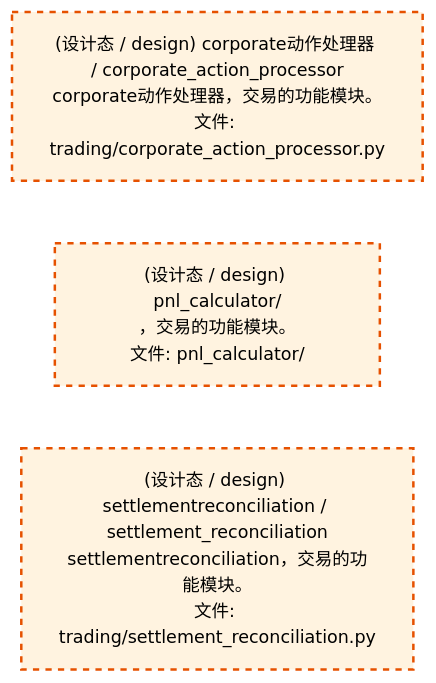
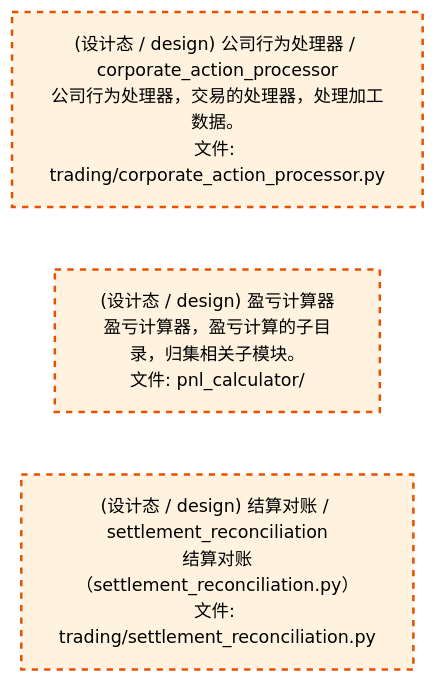
One commit to xuanFelixVan/ZephyrAlpha changed the third of 4 diagrams in docs/02_enterprise_architecture/02_domain_architecture_docs/72_d_trading.md. Above: the diagram before and after it, drawn with Mermaid. The commit also changed other lines of this file and 50 other files, not shown here.

````diff
--- a/docs/02_enterprise_architecture/02_domain_architecture_docs/72_d_trading.md
+++ b/docs/02_enterprise_architecture/02_domain_architecture_docs/72_d_trading.md
@@ -298,14 +298,14 @@
 ```mermaid
 %%{init: {'theme': 'base', 'themeVariables': {'primaryColor': '#eaeaea', 'primaryTextColor': '#333333', 'primaryBorderColor': '#666666', 'lineColor': '#666666', 'secondaryColor': '#eaeaea', 'tertiaryColor': '#eaeaea', 'fontSize': '14px'}}}%%
 flowchart TD
-    src_zephyr_trading_corporate_action_processor_py["(设计态 / design) corporate动作处理器 / corporate_action_processor<br/>corporate动作处理器，交易的功能模块。<br/>文件: trading/corporate_action_processor.py"]
-    src_zephyr_trading_pnl_calculator["(设计态 / design) pnl_calculator/<br/>，交易的功能模块。<br/>文件: pnl_calculator/"]
-    src_zephyr_trading_settlement_reconciliation_py["(设计态 / design) settlementreconciliation / settlement_reconciliation<br/>settlementreconciliation，交易的功能模块。<br/>文件: trading/settlement_reconciliation.py"]
+    src_zephyr_trading_corporate_action_processor_py["(设计态 / design) 公司行为处理器 / corporate_action_processor<br/>公司行为处理器，交易的处理器，处理加工数据。<br/>文件: trading/corporate_action_processor.py"]
+    src_zephyr_trading_pnl_calculator["(设计态 / design) 盈亏计算器<br/>盈亏计算器，盈亏计算的子目录，归集相关子模块。<br/>文件: pnl_calculator/"]
+    src_zephyr_trading_settlement_reconciliation_py["(设计态 / design) 结算对账 / settlement_reconciliation<br/>结算对账（settlement_reconciliation.py）<br/>文件: trading/settlement_reconciliation.py"]
     src_zephyr_trading_corporate_action_processor_py ~~~ src_zephyr_trading_pnl_calculator
     src_zephyr_trading_pnl_calculator ~~~ src_zephyr_trading_settlement_reconciliation_py
     classDef production fill:#e1f5fe,stroke:#01579b,stroke-width:2px,color:#000
     classDef design fill:#fff3e0,stroke:#e65100,stroke-width:2px,color:#000,stroke-dasharray: 5 5
     classDef external_prod fill:#e8f4fd,stroke:#0277bd,stroke-width:1px,color:#000
     classDef external_design fill:#fff8e7,stroke:#ef6c00,stroke-width:1px,color:#000,stroke-dasharray: 5 5
     class src_zephyr_trading_corporate_action_processor_py,src_zephyr_trading_pnl_calculator,src_zephyr_trading_settlement_reconciliation_py design
 ```
````
